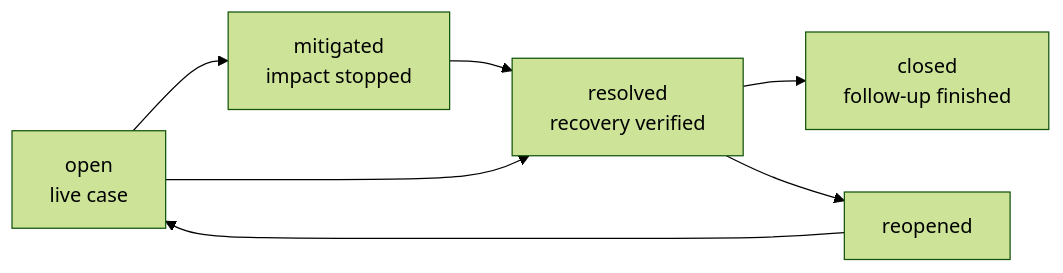
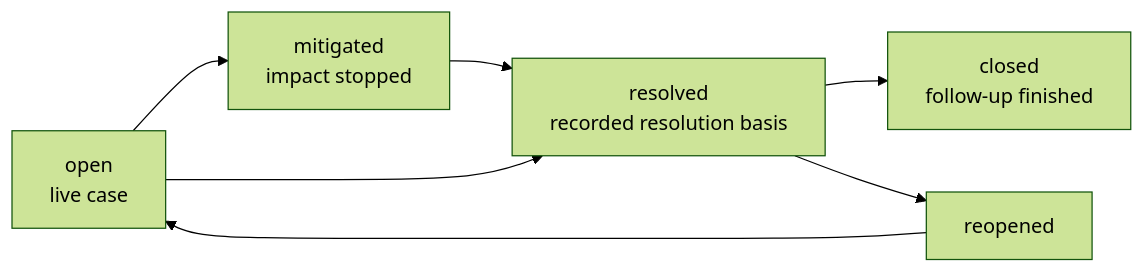
Before and after one commit to chrisleekr/sre-platform: the diagram in docs/dashboard/incidents.md, drawn with Mermaid (forest theme). The commit also changed other lines of this file and 88 other files, not shown here.

````diff
--- a/docs/dashboard/incidents.md
+++ b/docs/dashboard/incidents.md
@@ -64,9 +73,9 @@
 ```mermaid
 flowchart LR
     Open["open<br/>live case"] --> Mitigated["mitigated<br/>impact stopped"]
-    Mitigated --> Resolved["resolved<br/>recovery verified"]
+    Mitigated --> Resolved["resolved<br/>recorded resolution basis"]
     Open --> Resolved
     Resolved --> Closed["closed<br/>follow-up finished"]
     Resolved --> Reopened["reopened"]
     Reopened --> Open
 ```
````
